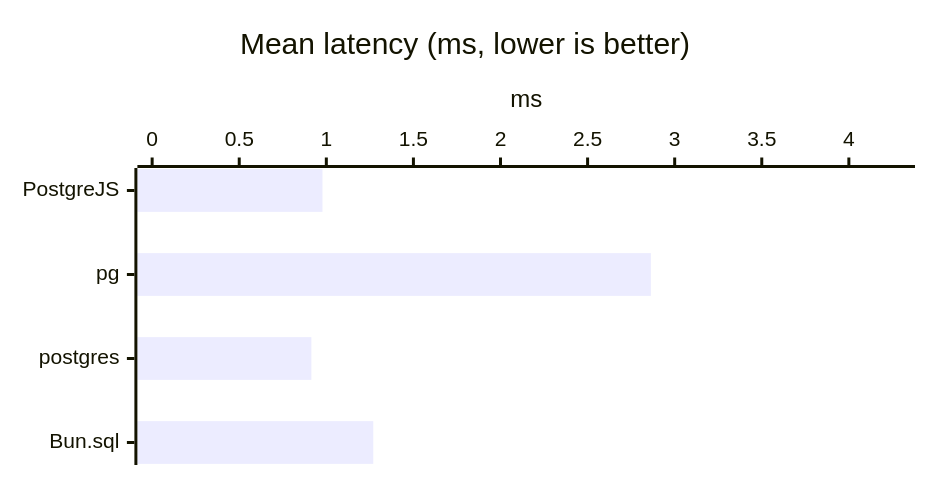
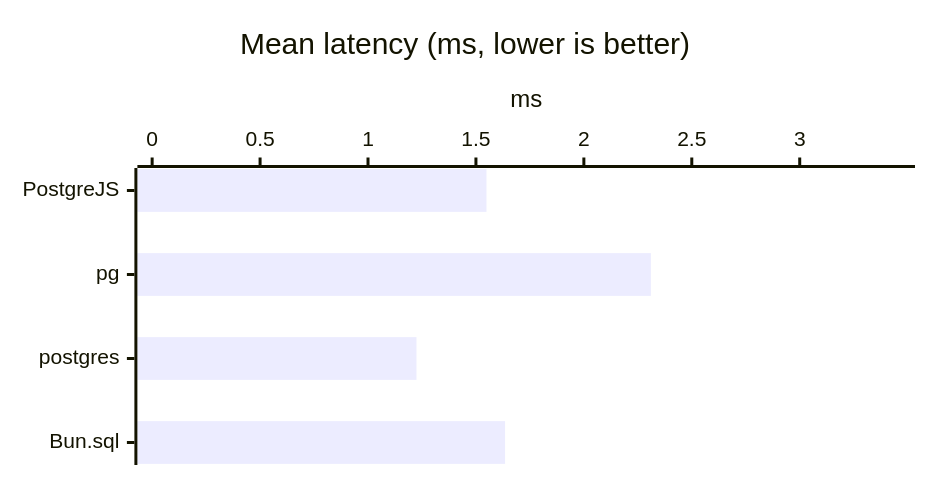
One commit to panates/postgrejs-doc changed diagram 16 of 56 in docs/getting-started/benchmarks-bun.md. Above: the diagram before and after it, drawn with Mermaid. The commit also changed other lines of this file and 24 other files, not shown here.

````diff
--- a/docs/getting-started/benchmarks-bun.md
+++ b/docs/getting-started/benchmarks-bun.md
@@ -457,8 +457,8 @@
 ```mermaid
 %%{init: {'xyChart': {'width': 600, 'height': 300, 'chartOrientation': 'horizontal'}}}%%
 xychart-beta
     title "Mean latency (ms, lower is better)"
     x-axis ["PostgreJS", "pg", "postgres", "Bun.sql"]
-    y-axis "ms" 0.0000 --> 4.2950
-    bar [0.9780, 2.8633, 0.9141, 1.2695]
+    y-axis "ms" 0.0000 --> 3.4657
+    bar [1.5488, 2.3105, 1.2245, 1.6350]
 ```
````
